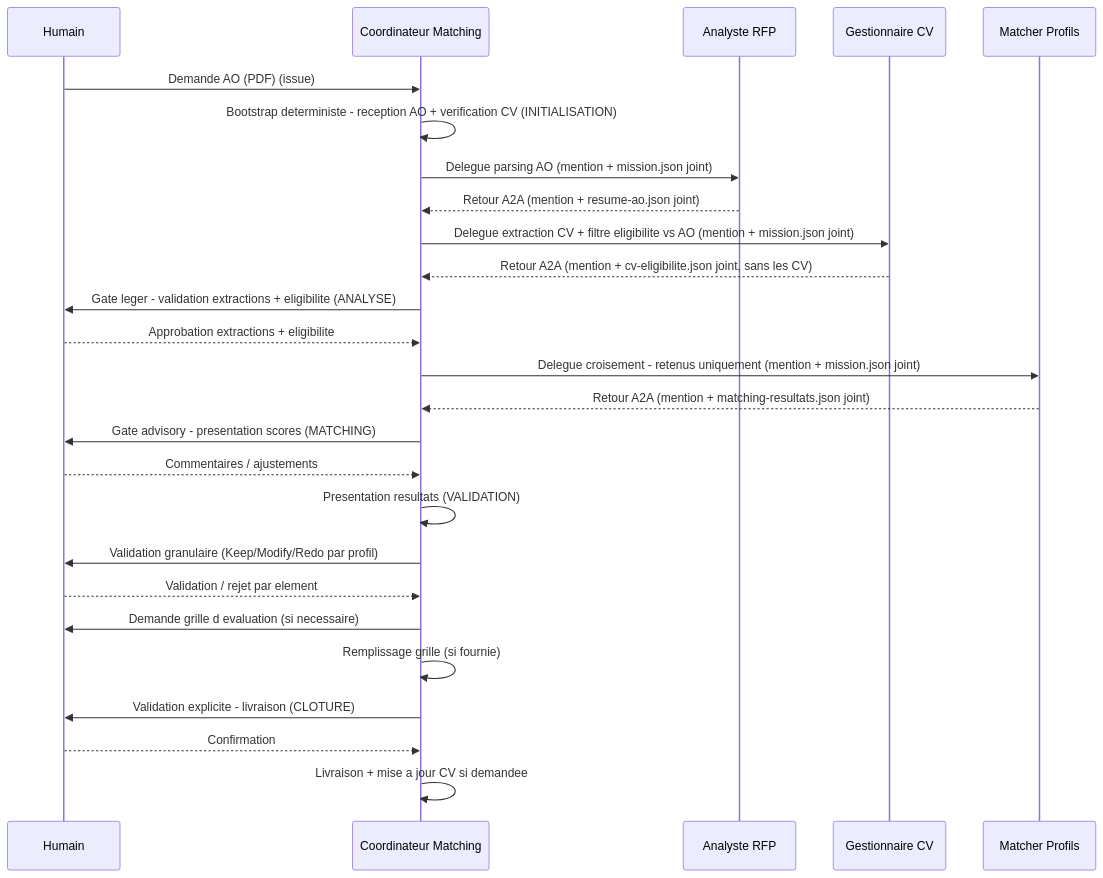
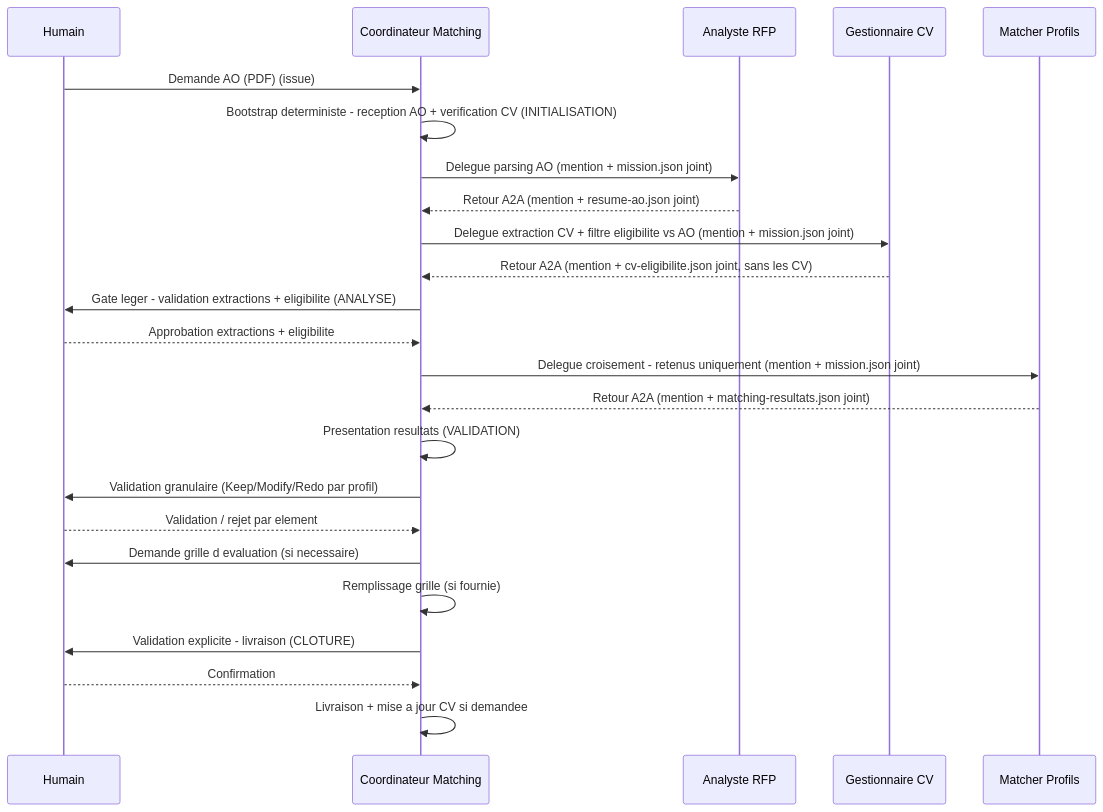
Before and after one commit to Gsyltc/homelab-portfolio: the second of 2 diagrams in matching-cv-ao/common/conductor.md, drawn with Mermaid. The commit also changed other lines of this file and 6 other files, not shown here.

First line of the commit message:
matching-cv-ao: supprimer la gate Phase 2 et déplacer son rapport vers la Phase 3

````diff
--- a/matching-cv-ao/common/conductor.md
+++ b/matching-cv-ao/common/conductor.md
@@ -158,29 +157,27 @@
 ```mermaid
 sequenceDiagram
     participant H as Humain
     participant S as Coordinateur Matching
     participant A as Analyste RFP
     participant G as Gestionnaire CV
     participant M as Matcher Profils
 
     H->>S: Demande AO (PDF) (issue)
     S->>S: Bootstrap deterministe - reception AO + verification CV (INITIALISATION)
     S->>A: Delegue parsing AO (mention + mission.json joint)
     A-->>S: Retour A2A (mention + resume-ao.json joint)
     S->>G: Delegue extraction CV + filtre eligibilite vs AO (mention + mission.json joint)
     G-->>S: Retour A2A (mention + cv-eligibilite.json joint, sans les CV)
     S->>H: Gate leger - validation extractions + eligibilite (ANALYSE)
     H-->>S: Approbation extractions + eligibilite
     S->>M: Delegue croisement - retenus uniquement (mention + mission.json joint)
     M-->>S: Retour A2A (mention + matching-resultats.json joint)
-    S->>H: Gate advisory - presentation scores (MATCHING)
-    H-->>S: Commentaires / ajustements
     S->>S: Presentation resultats (VALIDATION)
     S->>H: Validation granulaire (Keep/Modify/Redo par profil)
     H-->>S: Validation / rejet par element
     S->>H: Demande grille d evaluation (si necessaire)
     S->>S: Remplissage grille (si fournie)
     S->>H: Validation explicite - livraison (CLOTURE)
     H-->>S: Confirmation
     S->>S: Livraison + mise a jour CV si demandee
 ```
````
